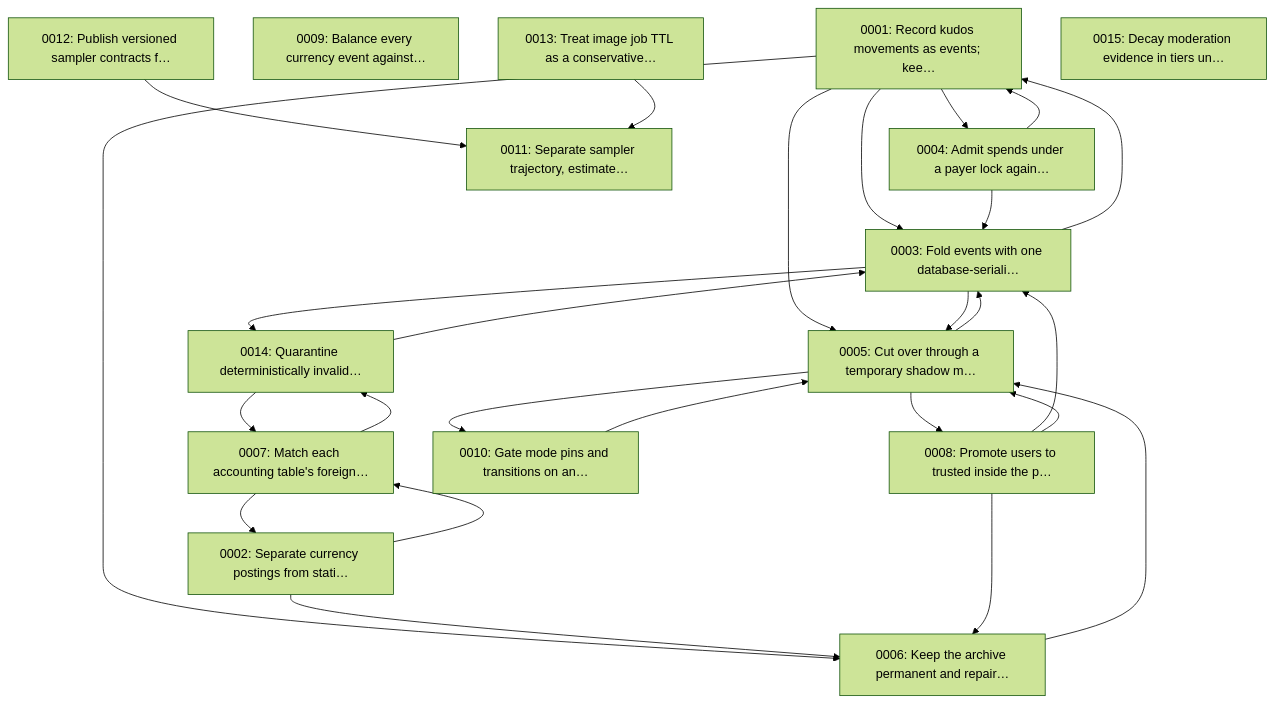
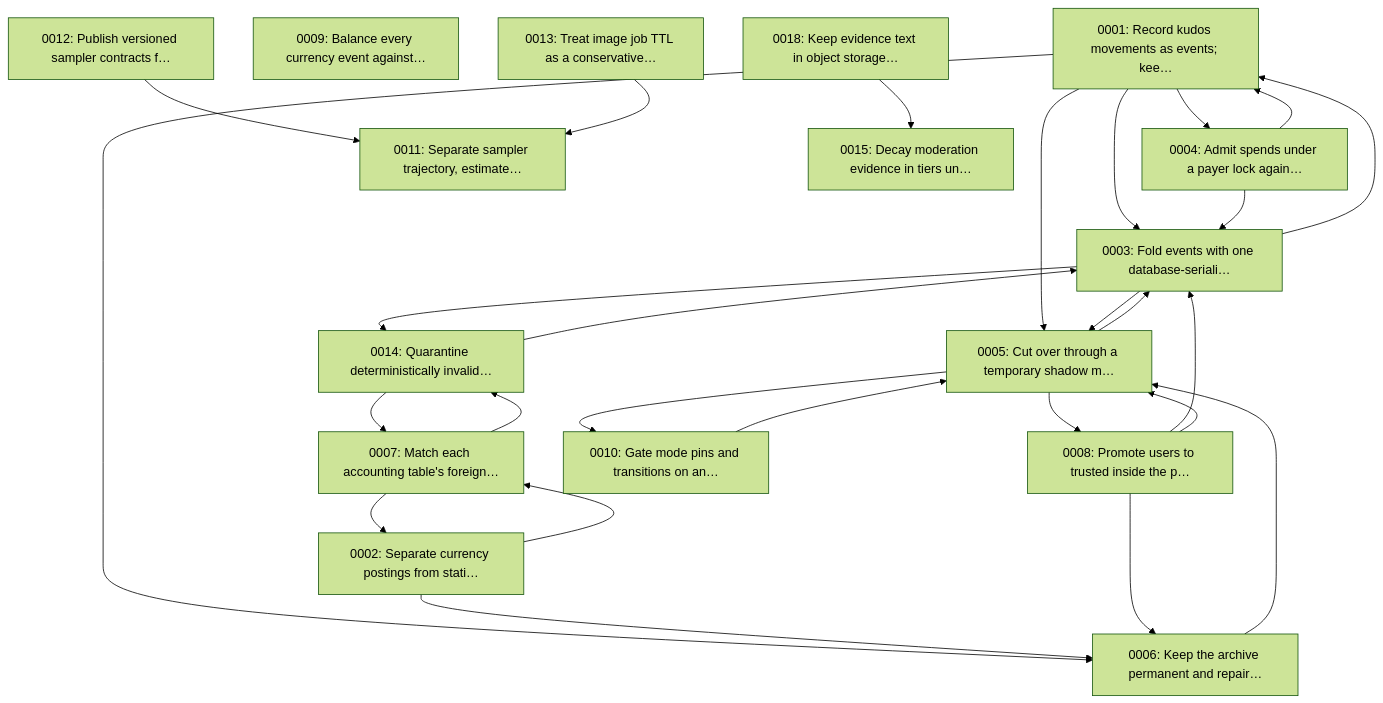
The diagram in docs/decisions/index.md (Haidra-Org/AI-Horde), drawn with Mermaid (forest theme) before and after one commit. The commit also changed other lines of this file and 23 other files, not shown here.

````diff
--- a/docs/decisions/index.md
+++ b/docs/decisions/index.md
@@ -35,43 +36,45 @@
 ```mermaid
 flowchart TD
     r0001["0001: Record kudos movements as events; kee…"]
     r0002["0002: Separate currency postings from stati…"]
     r0003["0003: Fold events with one database-seriali…"]
     r0004["0004: Admit spends under a payer lock again…"]
     r0005["0005: Cut over through a temporary shadow m…"]
     r0006["0006: Keep the archive permanent and repair…"]
     r0007["0007: Match each accounting table's foreign…"]
     r0008["0008: Promote users to trusted inside the p…"]
     r0009["0009: Balance every currency event against…"]
     r0010["0010: Gate mode pins and transitions on an…"]
     r0011["0011: Separate sampler trajectory, estimate…"]
     r0012["0012: Publish versioned sampler contracts f…"]
     r0013["0013: Treat image job TTL as a conservative…"]
     r0014["0014: Quarantine deterministically invalid…"]
     r0015["0015: Decay moderation evidence in tiers un…"]
+    r0018["0018: Keep evidence text in object storage…"]
     r0001 --> r0003
     r0001 --> r0004
     r0001 --> r0005
     r0001 --> r0006
     r0002 --> r0006
     r0002 --> r0007
     r0003 --> r0001
     r0003 --> r0005
     r0003 --> r0014
     r0004 --> r0001
     r0004 --> r0003
     r0005 --> r0003
     r0005 --> r0008
     r0005 --> r0010
     r0006 --> r0005
     r0007 --> r0002
     r0007 --> r0014
     r0008 --> r0003
     r0008 --> r0005
     r0008 --> r0006
     r0010 --> r0005
     r0012 --> r0011
     r0013 --> r0011
     r0014 --> r0003
     r0014 --> r0007
+    r0018 --> r0015
 ```
````
